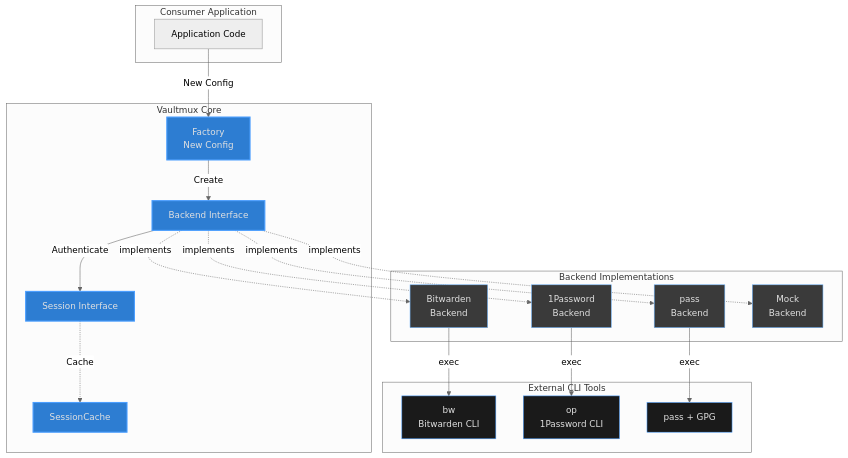
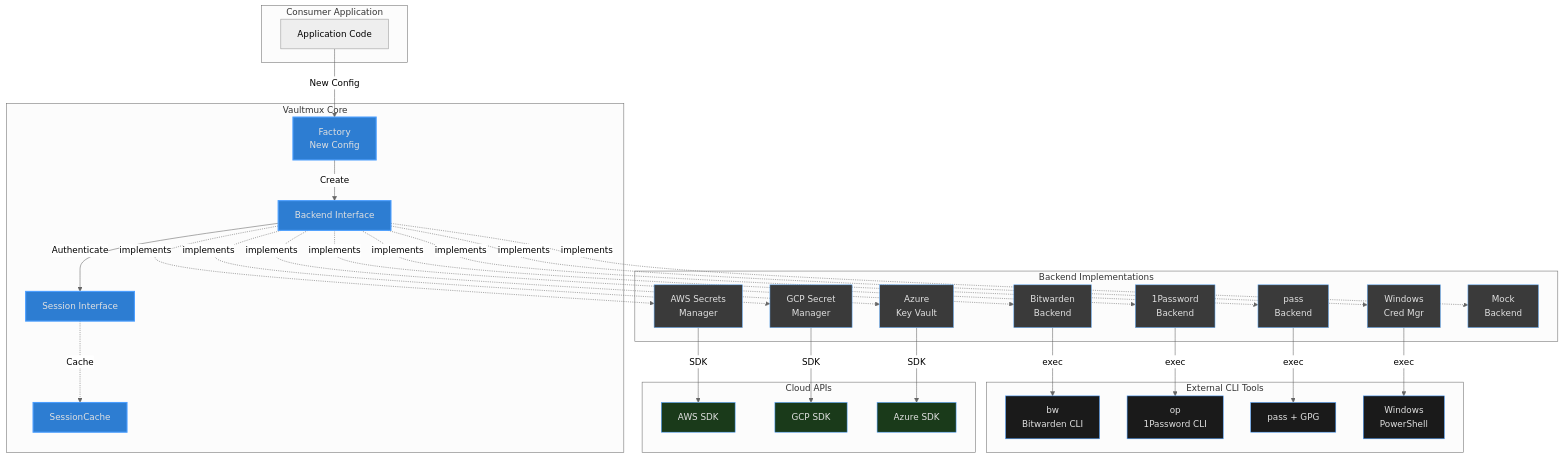
Before and after one commit to blackwell-systems/vaultmux: the first of 11 diagrams in docs/ARCHITECTURE.md, drawn with Mermaid (neutral theme). The commit also changed other lines of this file and 1 other file, not shown here.

First line of the commit message:
docs: update documentation - remove implemented backends, clean up architecture

````diff
--- a/docs/ARCHITECTURE.md
+++ b/docs/ARCHITECTURE.md
@@ -119,48 +87,70 @@
 ```mermaid
 graph TB
     subgraph Consumer["Consumer Application"]
         App[Application Code]
     end
 
     subgraph VaultmuxCore["Vaultmux Core"]
         Factory[Factory<br/>New Config]
         Backend[Backend Interface]
         Session[Session Interface]
         Cache[SessionCache]
     end
 
     subgraph Backends["Backend Implementations"]
         BW[Bitwarden<br/>Backend]
         OP[1Password<br/>Backend]
         Pass[pass<br/>Backend]
+        WC[Windows<br/>Cred Mgr]
+        AWS[AWS Secrets<br/>Manager]
+        GCP[GCP Secret<br/>Manager]
+        Azure[Azure<br/>Key Vault]
         Mock[Mock<br/>Backend]
     end
 
     subgraph CLI["External CLI Tools"]
         BWCLI[bw<br/>Bitwarden CLI]
         OPCLI[op<br/>1Password CLI]
         PassCLI[pass + GPG]
+        WCCLI[Windows<br/>PowerShell]
+    end
+
+    subgraph CloudAPIs["Cloud APIs"]
+        AWSAPI[AWS SDK]
+        GCPAPI[GCP SDK]
+        AzureAPI[Azure SDK]
     end
 
     App -->|New Config| Factory
     Factory -->|Create| Backend
     Backend -->|Authenticate| Session
     Session -.->|Cache| Cache
 
     Backend -.->|implements| BW
     Backend -.->|implements| OP
     Backend -.->|implements| Pass
+    Backend -.->|implements| WC
+    Backend -.->|implements| AWS
+    Backend -.->|implements| GCP
+    Backend -.->|implements| Azure
     Backend -.->|implements| Mock
 
     BW -->|exec| BWCLI
     OP -->|exec| OPCLI
     Pass -->|exec| PassCLI
+    WC -->|exec| WCCLI
+
+    AWS -->|SDK| AWSAPI
+    GCP -->|SDK| GCPAPI
+    Azure -->|SDK| AzureAPI
 
     classDef coreStyle fill:#2d7dd2,stroke:#4a9eff,stroke-width:2px,color:#e0e0e0
     classDef backendStyle fill:#3a3a3a,stroke:#6eb5ff,stroke-width:1px,color:#e0e0e0
     classDef cliStyle fill:#1a1a1a,stroke:#4a9eff,stroke-width:1px,color:#e0e0e0
+    classDef cloudStyle fill:#1a3a1a,stroke:#4a9eff,stroke-width:1px,color:#e0e0e0
 
     class Factory,Backend,Session,Cache coreStyle
-    class BW,OP,Pass,Mock backendStyle
-    class BWCLI,OPCLI,PassCLI cliStyle
+    class BW,OP,Pass,WC,AWS,GCP,Azure,Mock backendStyle
+    class BWCLI,OPCLI,PassCLI,WCCLI cliStyle
+    class AWSAPI,GCPAPI,AzureAPI cloudStyle
 ```
````
